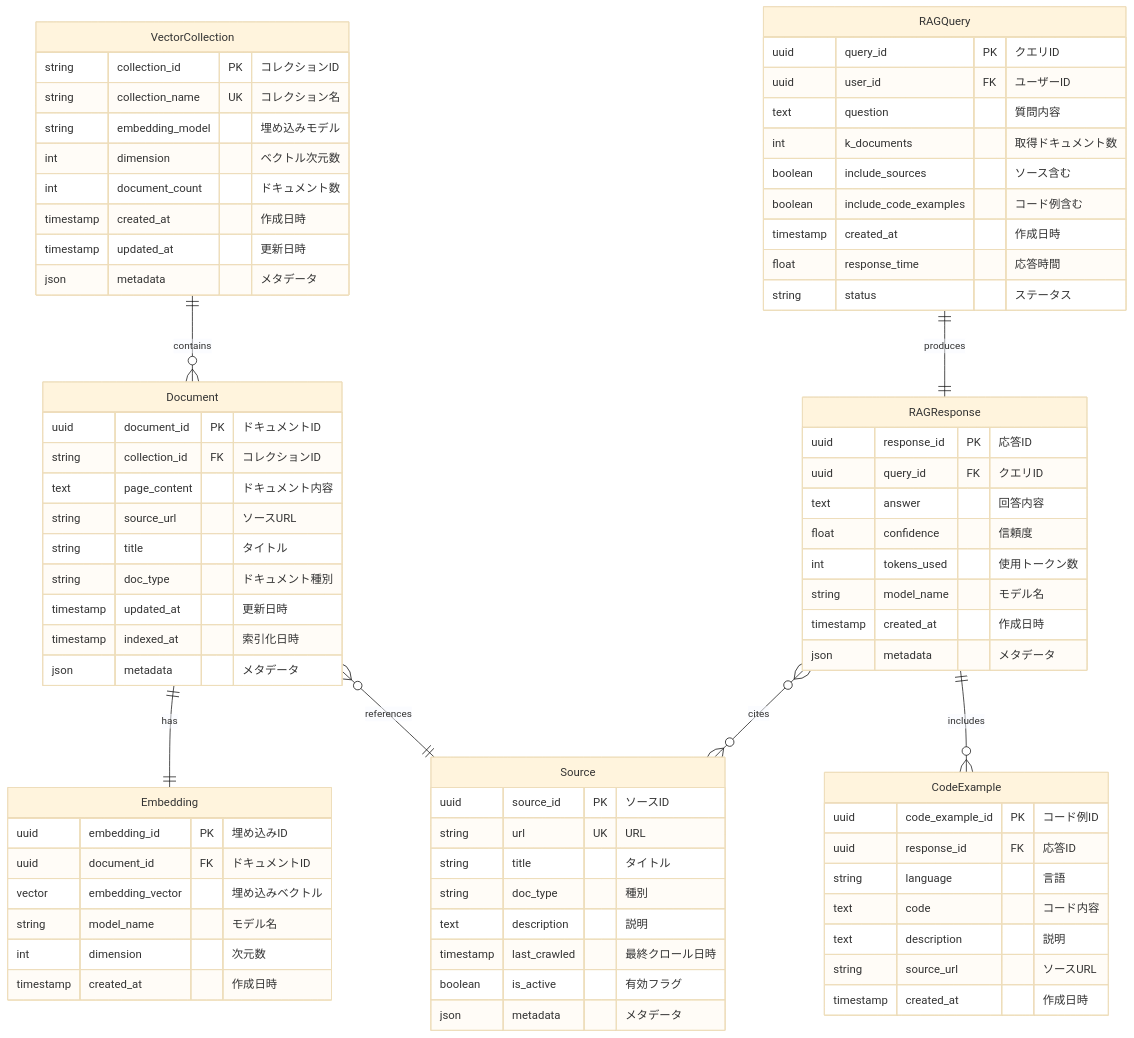
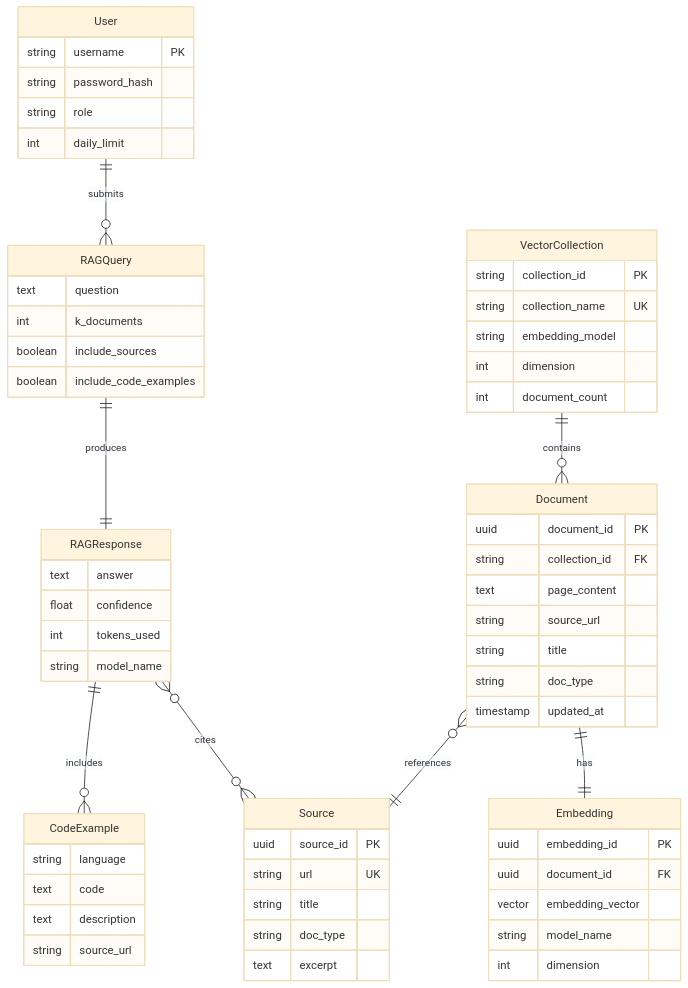
One commit to take-take46/LangGraphCatalyst changed the second of 5 diagrams in docs/ER_DIAGRAM.md. Above: the diagram before and after it, drawn with Mermaid (base theme). The commit also changed other lines of this file and 6 other files, not shown here.

````diff
--- a/docs/ER_DIAGRAM.md
+++ b/docs/ER_DIAGRAM.md
@@ -252,5 +258,6 @@
 ```mermaid
 erDiagram
+    User ||--o{ RAGQuery : "submits"
     VectorCollection ||--o{ Document : "contains"
     Document ||--|| Embedding : "has"
     Document }o--|| Source : "references"
@@ -258,79 +265,65 @@
     RAGResponse }o--o{ Source : "cites"
     RAGResponse ||--o{ CodeExample : "includes"
 
+    User {
+        string username PK
+        string password_hash
+        string role
+        int daily_limit
+    }
+
     VectorCollection {
-        string collection_id PK "コレクションID"
-        string collection_name UK "コレクション名"
-        string embedding_model "埋め込みモデル"
-        int dimension "ベクトル次元数"
-        int document_count "ドキュメント数"
-        timestamp created_at "作成日時"
-        timestamp updated_at "更新日時"
-        json metadata "メタデータ"
+        string collection_id PK
+        string collection_name UK
+        string embedding_model
+        int dimension
+        int document_count
     }
 
     Document {
-        uuid document_id PK "ドキュメントID"
-        string collection_id FK "コレクションID"
-        text page_content "ドキュメント内容"
-        string source_url "ソースURL"
-        string title "タイトル"
-        string doc_type "ドキュメント種別"
-        timestamp updated_at "更新日時"
-        timestamp indexed_at "索引化日時"
-        json metadata "メタデータ"
+        uuid document_id PK
+        string collection_id FK
+        text page_content
+        string source_url
+        string title
+        string doc_type
+        timestamp updated_at
     }
 
     Embedding {
-        uuid embedding_id PK "埋め込みID"
-        uuid document_id FK "ドキュメントID"
-        vector embedding_vector "埋め込みベクトル"
-        string model_name "モデル名"
-        int dimension "次元数"
-        timestamp created_at "作成日時"
+        uuid embedding_id PK
+        uuid document_id FK
+        vector embedding_vector
+        string model_name
+        int dimension
     }
 
     Source {
-        uuid source_id PK "ソースID"
-        string url UK "URL"
-        string title "タイトル"
-        string doc_type "種別"
-        text description "説明"
-        timestamp last_crawled "最終クロール日時"
-        boolean is_active "有効フラグ"
-        json metadata "メタデータ"
+        uuid source_id PK
+        string url UK
+        string title
+        string doc_type
+        text excerpt
     }
 
     RAGQuery {
-        uuid query_id PK "クエリID"
-        uuid user_id FK "ユーザーID"
-        text question "質問内容"
-        int k_documents "取得ドキュメント数"
-        boolean include_sources "ソース含む"
-        boolean include_code_examples "コード例含む"
-        timestamp created_at "作成日時"
-        float response_time "応答時間"
-        string status "ステータス"
+        text question
+        int k_documents
+        boolean include_sources
+        boolean include_code_examples
     }
 
     RAGResponse {
-        uuid response_id PK "応答ID"
-        uuid query_id FK "クエリID"
-        text answer "回答内容"
-        float confidence "信頼度"
-        int tokens_used "使用トークン数"
-        string model_name "モデル名"
-        timestamp created_at "作成日時"
-        json metadata "メタデータ"
+        text answer
+        float confidence
+        int tokens_used
+        string model_name
     }
 
     CodeExample {
-        uuid code_example_id PK "コード例ID"
-        uuid response_id FK "応答ID"
-        string language "言語"
-        text code "コード内容"
-        text description "説明"
-        string source_url "ソースURL"
-        timestamp created_at "作成日時"
+        string language
+        text code
+        text description
+        string source_url
     }
 ```
````
